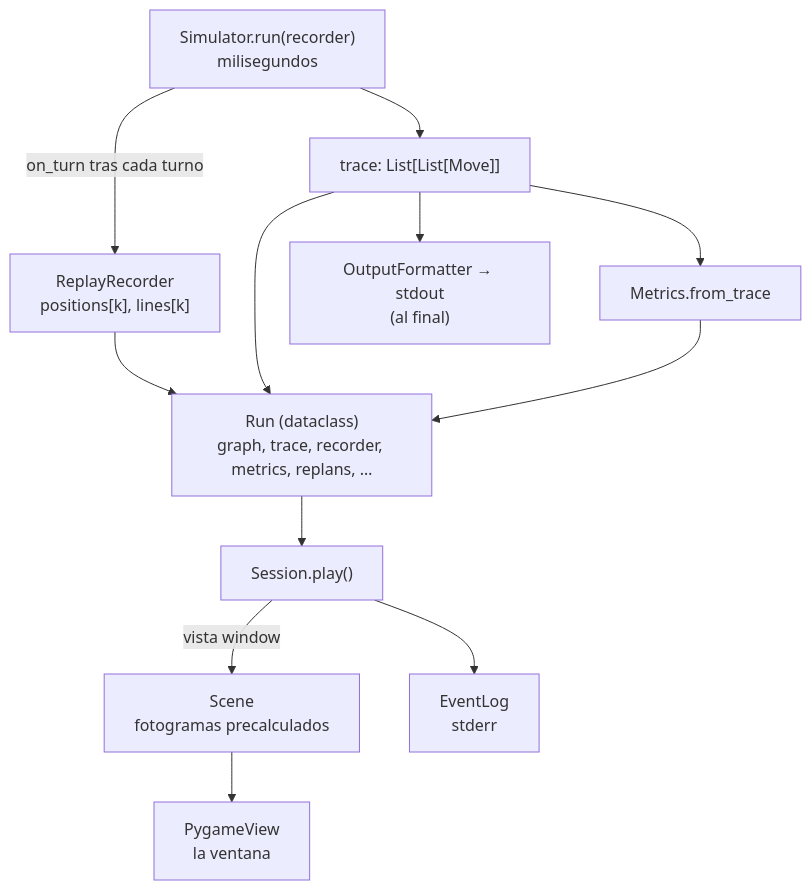
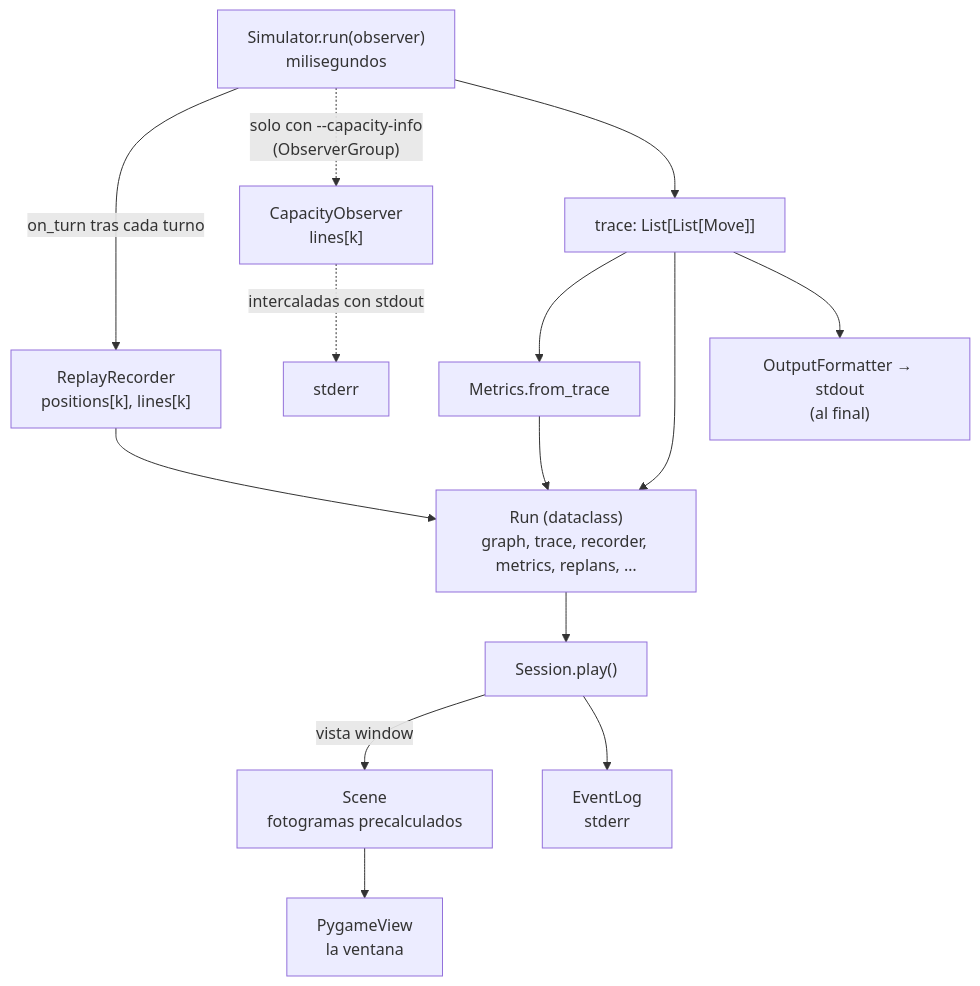
The first of 3 diagrams in entrega/diagramas/E.4-render-pipeline.md (0xARCOS/Fly-In), drawn with Mermaid before and after one commit. The commit also changed other lines of this file and 136 other files, not shown here.

````diff
--- a/entrega/diagramas/E.4-render-pipeline.md
+++ b/entrega/diagramas/E.4-render-pipeline.md
@@ -9,14 +9,16 @@
 ```mermaid
 flowchart TD
-    SIM["Simulator.run(recorder)<br/>milisegundos"] -->|"on_turn tras cada turno"| REC["ReplayRecorder<br/>positions[k], lines[k]"]
+    SIM["Simulator.run(observer)<br/>milisegundos"] -->|"on_turn tras cada turno"| REC["ReplayRecorder<br/>positions[k], lines[k]"]
+    SIM -.->|"solo con --capacity-info<br/>(ObserverGroup)"| CAP["CapacityObserver<br/>lines[k]"]
     SIM --> TR["trace: List[List[Move]]"]
     TR --> MET["Metrics.from_trace"]
     REC --> RUN["Run (dataclass)<br/>graph, trace, recorder, metrics, replans, …"]
     TR --> RUN
     MET --> RUN
     RUN --> SES["Session.play()"]
     SES -->|"vista window"| SC["Scene<br/>fotogramas precalculados"]
     SC --> PV["PygameView<br/>la ventana"]
     SES --> LOG["EventLog<br/>stderr"]
     TR --> OUT["OutputFormatter → stdout<br/>(al final)"]
+    CAP -.->|"intercaladas con stdout"| ERR["stderr"]
 ```
````
